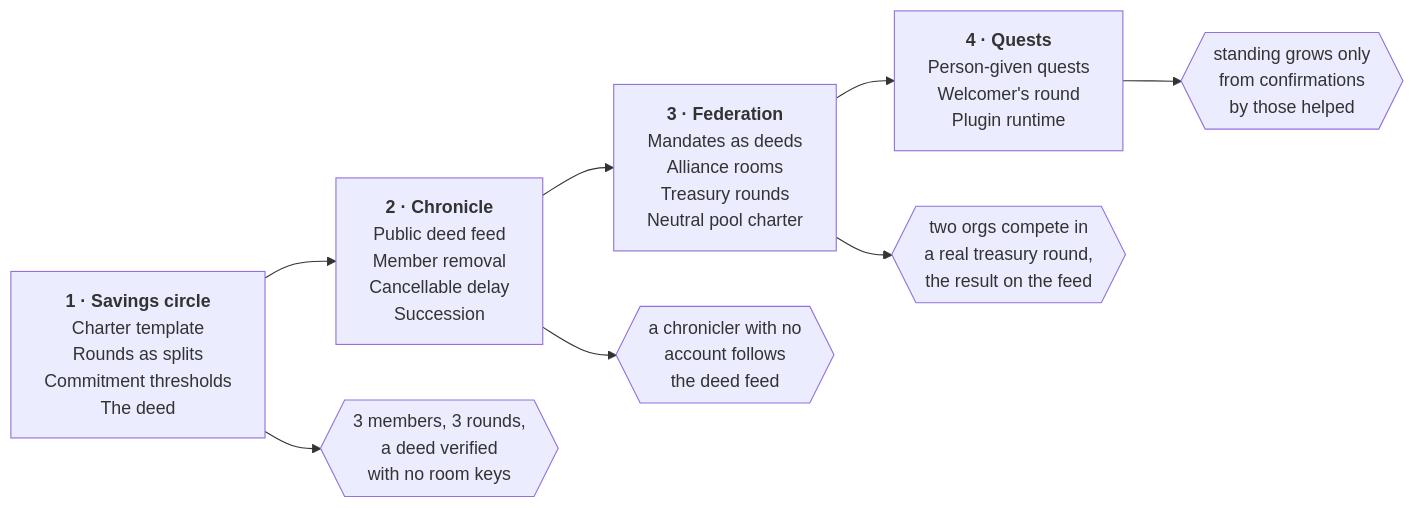
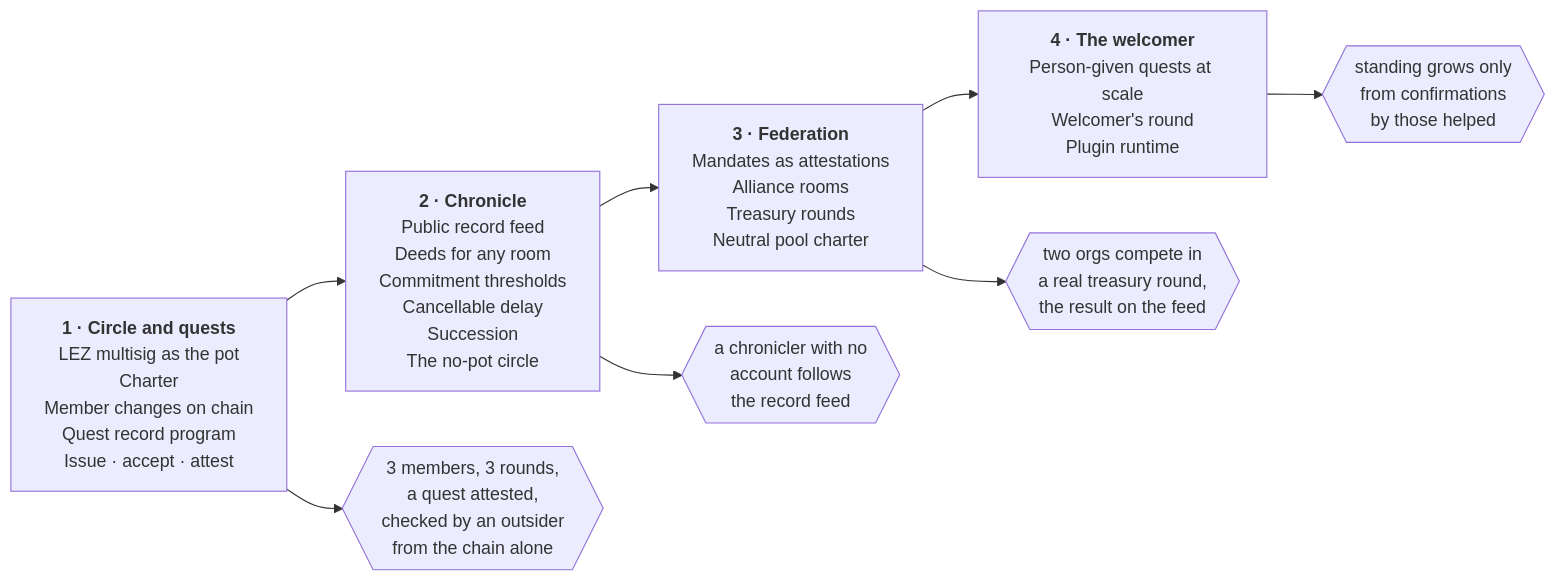
One commit to corpetty/muster changed the diagram in docs/design/logos-world-plan.md. Above: the diagram before and after it, drawn with Mermaid. The commit also changed other lines of this file and 2 other files, not shown here.

First line of the commit message:
docs(exo-267): the circle on a LEZ multisig, quests in Phase 1 — after Jarrad's note

````diff
--- a/docs/design/logos-world-plan.md
+++ b/docs/design/logos-world-plan.md
@@ -32,16 +41,16 @@
 ```mermaid
 flowchart LR
-    P1["<b>1 · Savings circle</b><br/>Charter template<br/>Rounds as splits<br/>Commitment thresholds<br/>The deed"]
-    P2["<b>2 · Chronicle</b><br/>Public deed feed<br/>Member removal<br/>Cancellable delay<br/>Succession"]
-    P3["<b>3 · Federation</b><br/>Mandates as deeds<br/>Alliance rooms<br/>Treasury rounds<br/>Neutral pool charter"]
-    P4["<b>4 · Quests</b><br/>Person-given quests<br/>Welcomer's round<br/>Plugin runtime"]
-    G1{{"3 members, 3 rounds,<br/>a deed verified<br/>with no room keys"}}
-    G2{{"a chronicler with no<br/>account follows<br/>the deed feed"}}
+    P1["<b>1 · Circle and quests</b><br/>LEZ multisig as the pot<br/>Charter<br/>Member changes on chain<br/>Quest record program<br/>Issue · accept · attest"]
+    P2["<b>2 · Chronicle</b><br/>Public record feed<br/>Deeds for any room<br/>Commitment thresholds<br/>Cancellable delay<br/>Succession<br/>The no-pot circle"]
+    P3["<b>3 · Federation</b><br/>Mandates as attestations<br/>Alliance rooms<br/>Treasury rounds<br/>Neutral pool charter"]
+    P4["<b>4 · The welcomer</b><br/>Person-given quests at scale<br/>Welcomer's round<br/>Plugin runtime"]
+    G1{{"3 members, 3 rounds,<br/>a quest attested,<br/>checked by an outsider<br/>from the chain alone"}}
+    G2{{"a chronicler with no<br/>account follows<br/>the record feed"}}
     G3{{"two orgs compete in<br/>a real treasury round,<br/>the result on the feed"}}
     G4{{"standing grows only<br/>from confirmations<br/>by those helped"}}
     P1 --> P2 --> P3 --> P4
     P1 --> G1
     P2 --> G2
     P3 --> G3
     P4 --> G4
 ```
````
